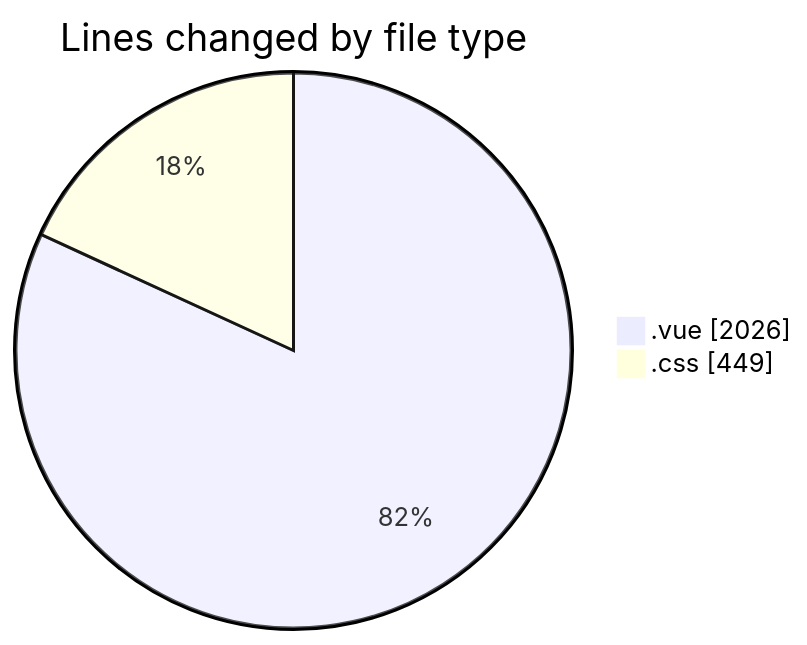
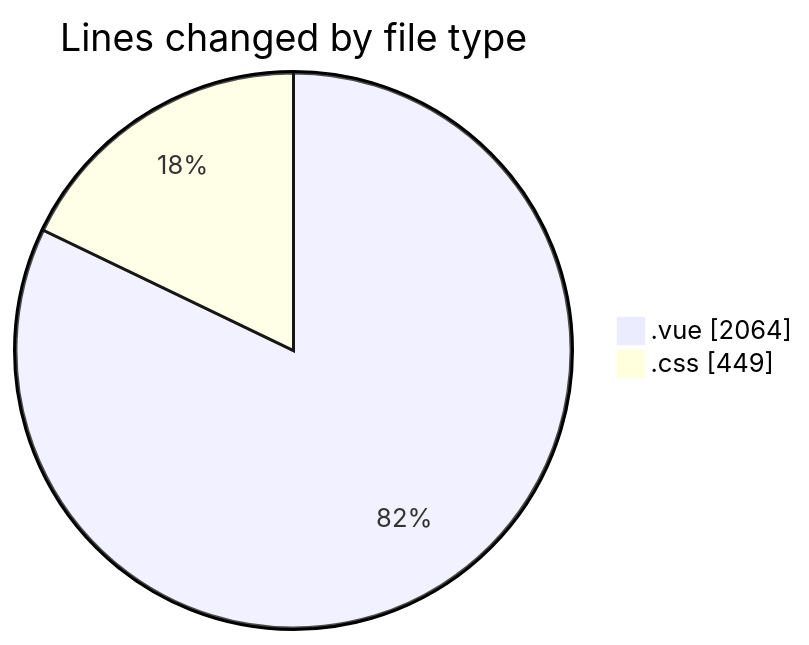
One commit to lephambinh05/code-tracking changed the first of 2 diagrams in 2025-08-10/rentotp/README.md. Above: the diagram before and after it, drawn with Mermaid. The commit also changed other lines of this file and 1 other file, not shown here.

````diff
--- a/2025-08-10/rentotp/README.md
+++ b/2025-08-10/rentotp/README.md
@@ -24,6 +24,6 @@
 ```mermaid
 pie showData
 title Lines changed by file type
-".vue" : 2026
+".vue" : 2064
 ".css" : 449
 ```
````
